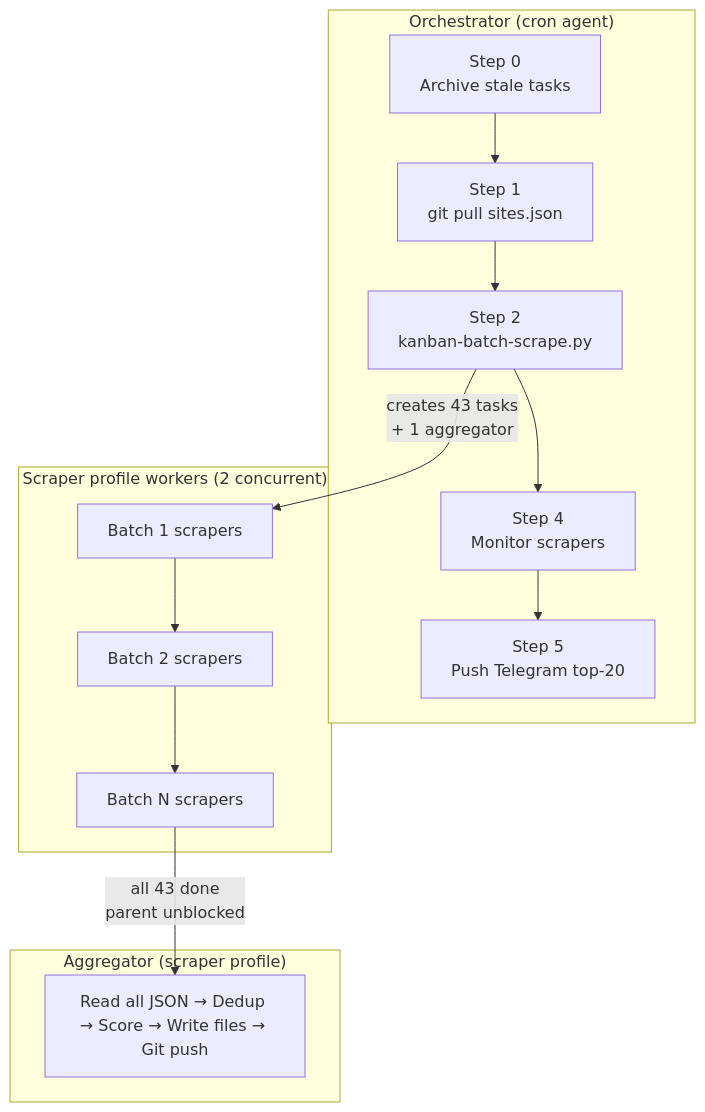
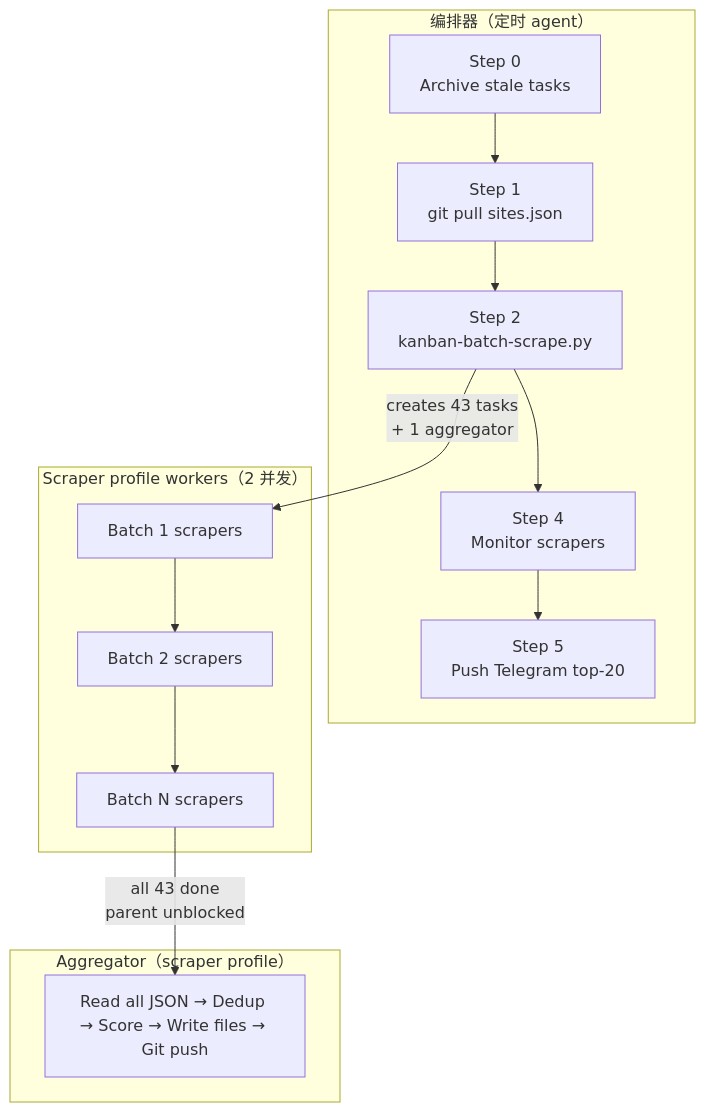
The diagram in chapter2_pipeline.rst (pty819/music-daily-recs-ebook), drawn with Mermaid before and after one commit. The commit also changed other lines of this file and 4 other files, not shown here.

```diff
--- a/chapter2_pipeline.rst
+++ b/chapter2_pipeline.rst
@@ -162,27 +160,27 @@
 .. mermaid::
-   :caption: End-to-end pipeline flow
+   :caption: 端到端管线流程
 
    %%{init: { 'theme': 'default' } }%%
    flowchart TB
-       subgraph "Orchestrator (cron agent)"
+       subgraph "编排器（定时 agent）"
            A0["Step 0<br/>Archive stale tasks"]
            A1["Step 1<br/>git pull sites.json"]
            A2["Step 2<br/>kanban-batch-scrape.py"]
            A3["Step 4<br/>Monitor scrapers"]
            A4["Step 5<br/>Push Telegram top-20"]
            A0 --> A1 --> A2 --> A3 --> A4
        end
 
-       subgraph "Scraper profile workers (2 concurrent)"
+       subgraph "Scraper profile workers（2 并发）"
            S1["Batch 1 scrapers"]
            S2["Batch 2 scrapers"]
            SN["Batch N scrapers"]
            S1 --> S2 --> SN
        end
 
-       subgraph "Aggregator (scraper profile)"
+       subgraph "Aggregator（scraper profile）"
            AGG["Read all JSON → Dedup → Score → Write files → Git push"]
        end
 
        A2 -->|"creates 43 tasks<br/>+ 1 aggregator"| S1
        SN -->|"all 43 done<br/>parent unblocked"| AGG
```
